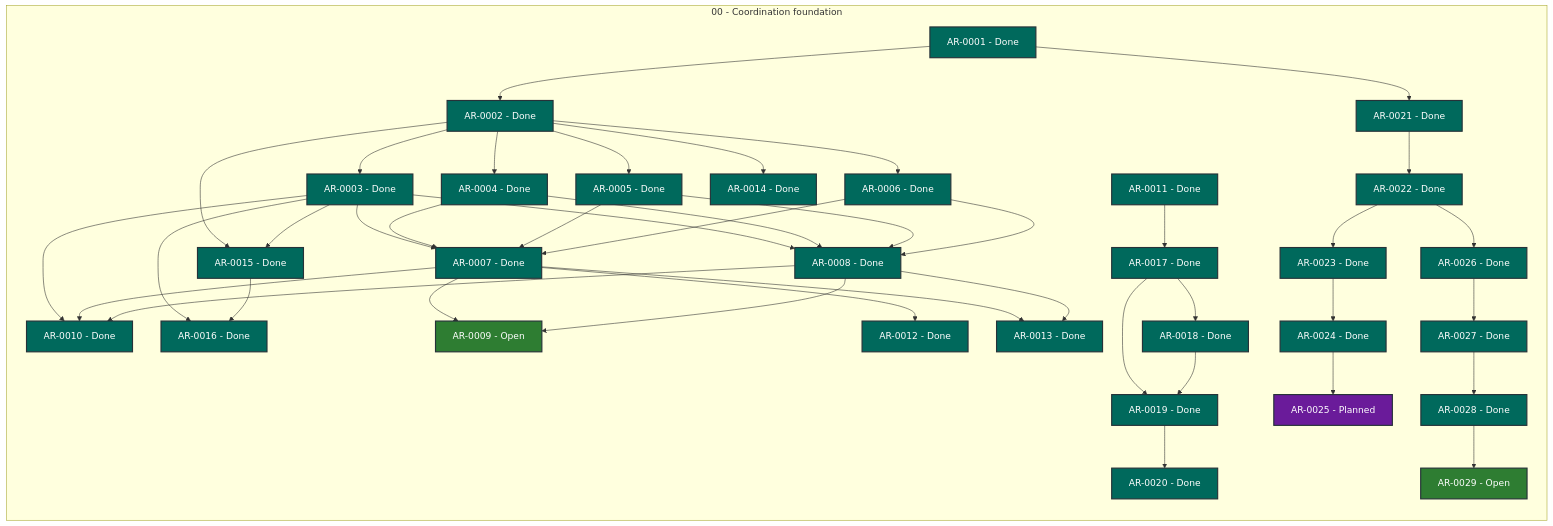
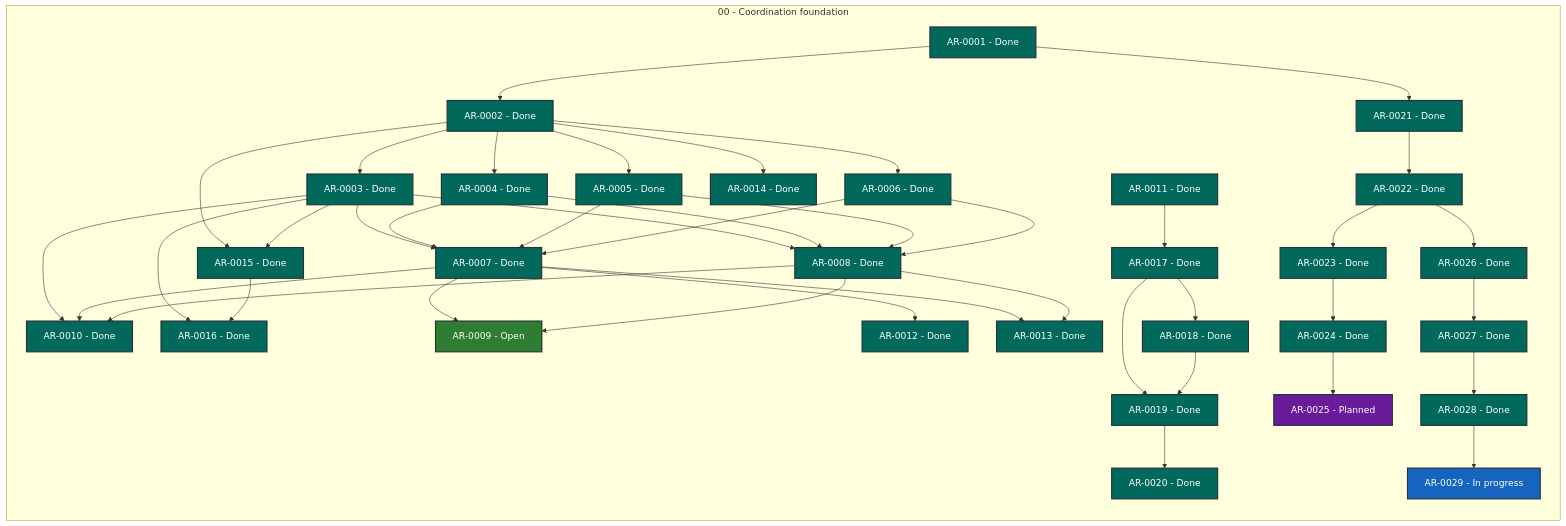
One commit to martin-beck/agent-workflow-coordinator-state changed the diagram in STATUS.md. Above: the diagram before and after it, drawn with Mermaid. The commit also changed other lines of this file and 2 other files, not shown here.

```diff
--- a/STATUS.md
+++ b/STATUS.md
@@ -56,7 +56,7 @@
         AR_0026["AR-0026 - Done"]:::status_done
         AR_0027["AR-0027 - Done"]:::status_done
         AR_0028["AR-0028 - Done"]:::status_done
-        AR_0029["AR-0029 - Open"]:::status_open
+        AR_0029["AR-0029 - In progress"]:::status_in_progress
     end
     AR_0001 --> AR_0002
     AR_0001 --> AR_0021
```
